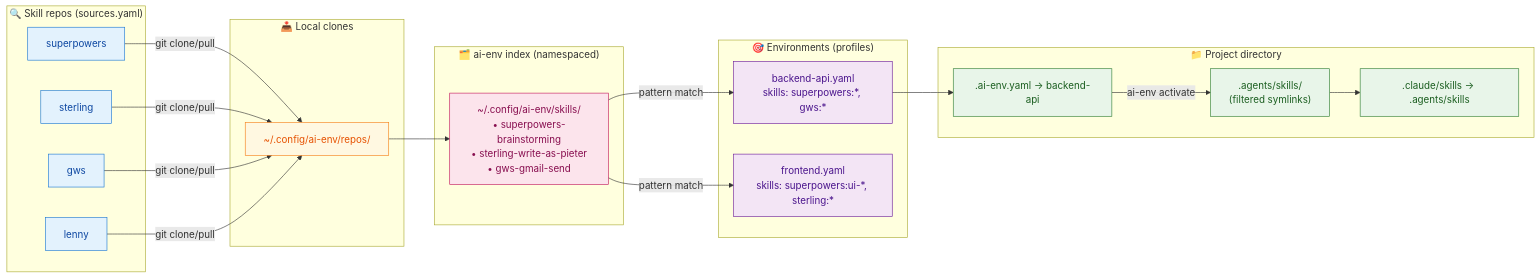
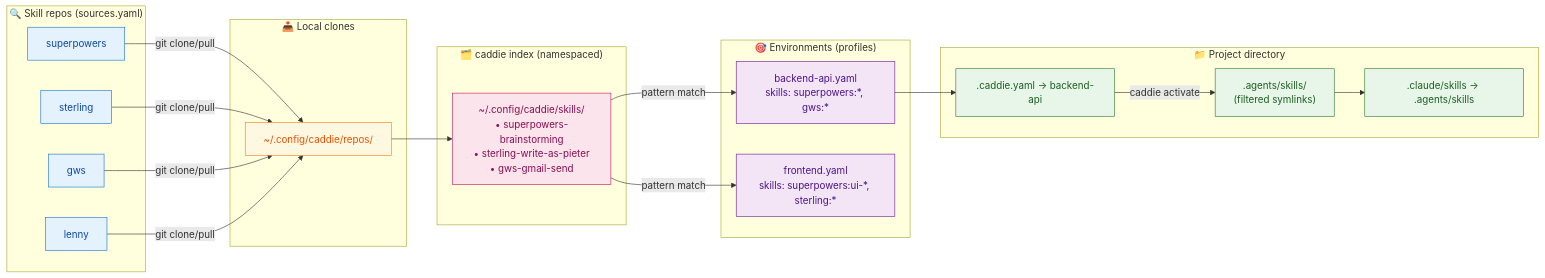
Before and after one commit to Portauw/caddie: the diagram in docs/images/03-architecture.mmd, drawn with Mermaid. The commit also changed 21 other files, not shown here.

First line of the commit message:
chore: rename ai-env → caddie

```diff
--- a/docs/images/03-architecture.mmd
+++ b/docs/images/03-architecture.mmd
@@ -1,36 +1,36 @@
 flowchart LR
     classDef src fill:#e3f2fd,stroke:#1976d2,color:#0d47a1
     classDef store fill:#fff8e1,stroke:#f57f17,color:#e65100
     classDef idx fill:#fce4ec,stroke:#c2185b,color:#880e4f
     classDef env fill:#f3e5f5,stroke:#6a1b9a,color:#4a148c
     classDef proj fill:#e8f5e9,stroke:#2e7d32,color:#1b5e20
 
     subgraph S["🔍 Skill repos (sources.yaml)"]
         S1["superpowers"]:::src
         S2["sterling"]:::src
         S3["gws"]:::src
         S4["lenny"]:::src
     end
 
     subgraph R["📥 Local clones"]
-        RC["~/.config/ai-env/repos/"]:::store
+        RC["~/.config/caddie/repos/"]:::store
     end
 
-    subgraph I["🗂️ ai-env index (namespaced)"]
-        IX["~/.config/ai-env/skills/<br/>• superpowers-brainstorming<br/>• sterling-write-as-pieter<br/>• gws-gmail-send"]:::idx
+    subgraph I["🗂️ caddie index (namespaced)"]
+        IX["~/.config/caddie/skills/<br/>• superpowers-brainstorming<br/>• sterling-write-as-pieter<br/>• gws-gmail-send"]:::idx
     end
 
     subgraph E["🎯 Environments (profiles)"]
         E1["backend-api.yaml<br/>skills: superpowers:*, gws:*"]:::env
         E2["frontend.yaml<br/>skills: superpowers:ui-*, sterling:*"]:::env
     end
 
     subgraph P["📁 Project directory"]
-        P1[".ai-env.yaml → backend-api"]:::proj
+        P1[".caddie.yaml → backend-api"]:::proj
         PA[".agents/skills/<br/>(filtered symlinks)"]:::proj
         PC[".claude/skills → .agents/skills"]:::proj
     end
 
     S1 & S2 & S3 & S4 -->|git clone/pull| RC --> IX
     IX -->|pattern match| E1 & E2
-    E1 --> P1 -->|ai-env activate| PA --> PC
+    E1 --> P1 -->|caddie activate| PA --> PC
```
